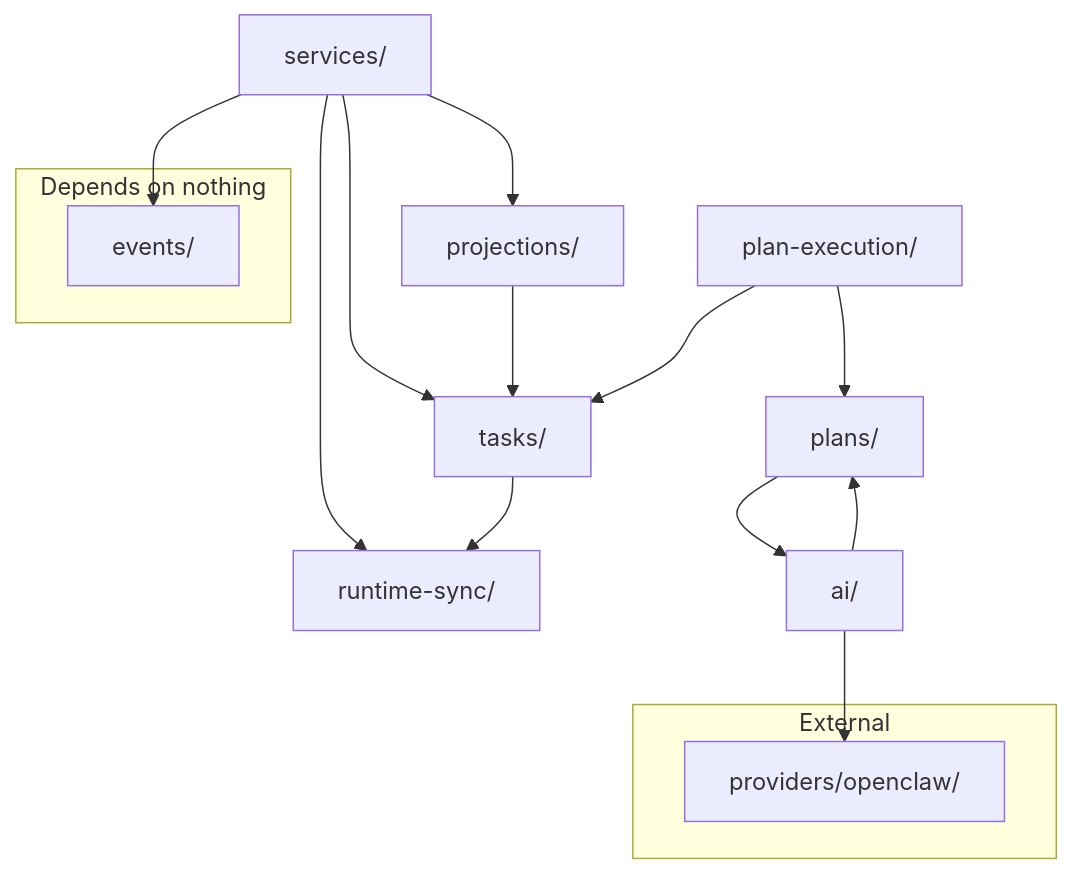
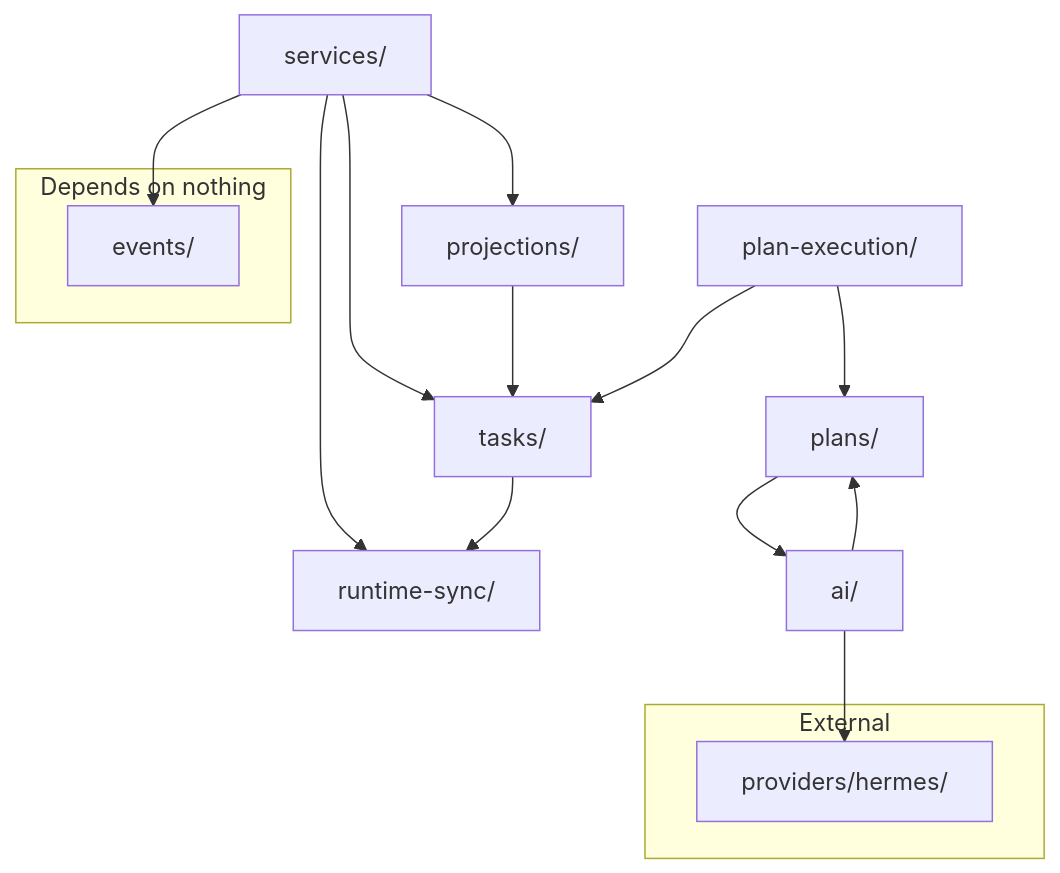
One commit to saya-ashen/Chrona changed the sixth of 7 diagrams in docs/architecture.md. Above: the diagram before and after it, drawn with Mermaid. The commit also changed other lines of this file and 129 other files, not shown here.

````diff
--- a/docs/architecture.md
+++ b/docs/architecture.md
@@ -212,21 +212,21 @@
 ```mermaid
 graph TD
     services["services/"] --> events["events/"]
     services --> projections["projections/"]
     services --> runtime-sync["runtime-sync/"]
     services --> tasks["tasks/"]
     tasks["tasks/"] --> runtime-sync
     projections["projections/"] --> tasks
     plans["plans/"] --> ai["ai/"]
     plan-exec["plan-execution/"] --> plans
     plan-exec --> tasks
-    ai --> providers["providers/openclaw/"]
+    ai --> providers["providers/hermes/"]
     ai --> plans
     events["events/"]
     subgraph External
         providers
     end
     subgraph "Depends on nothing"
         events
     end
 ```
````
